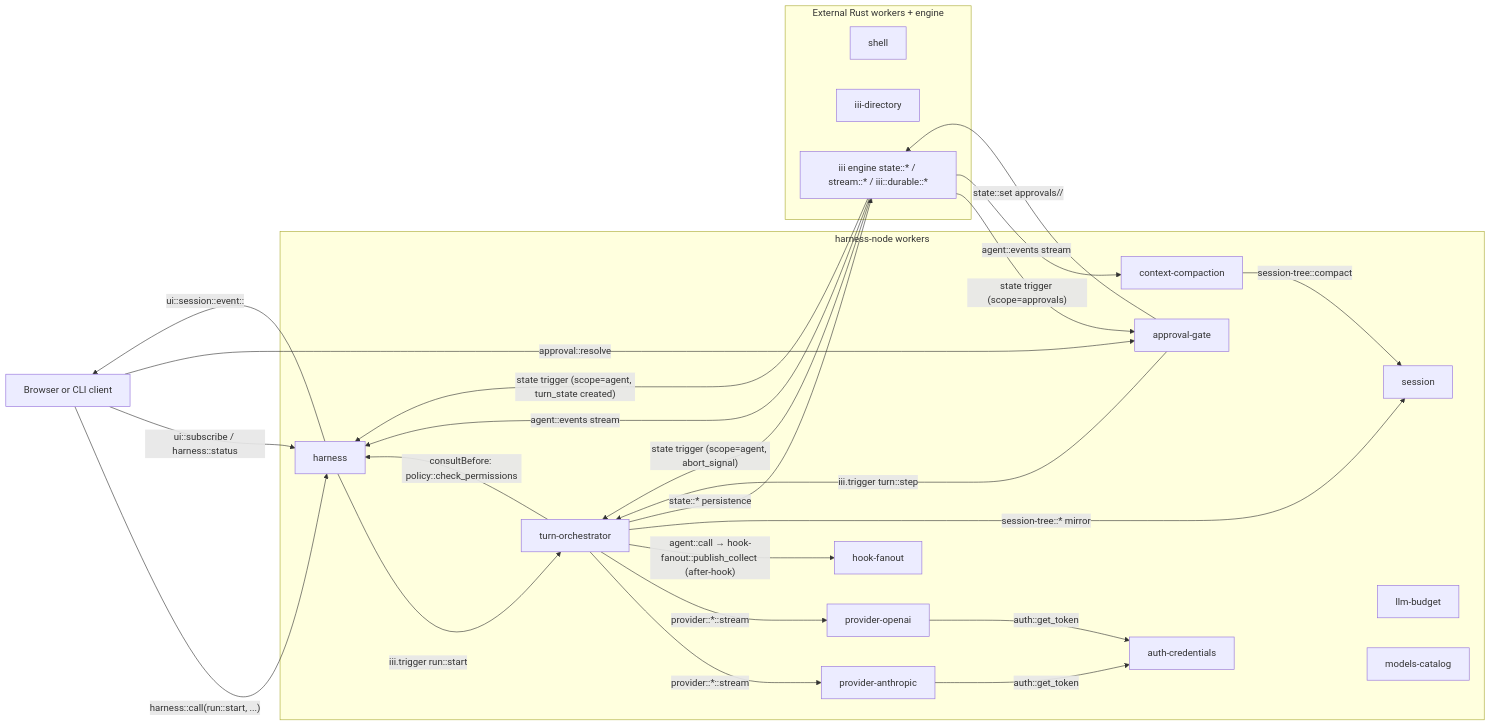
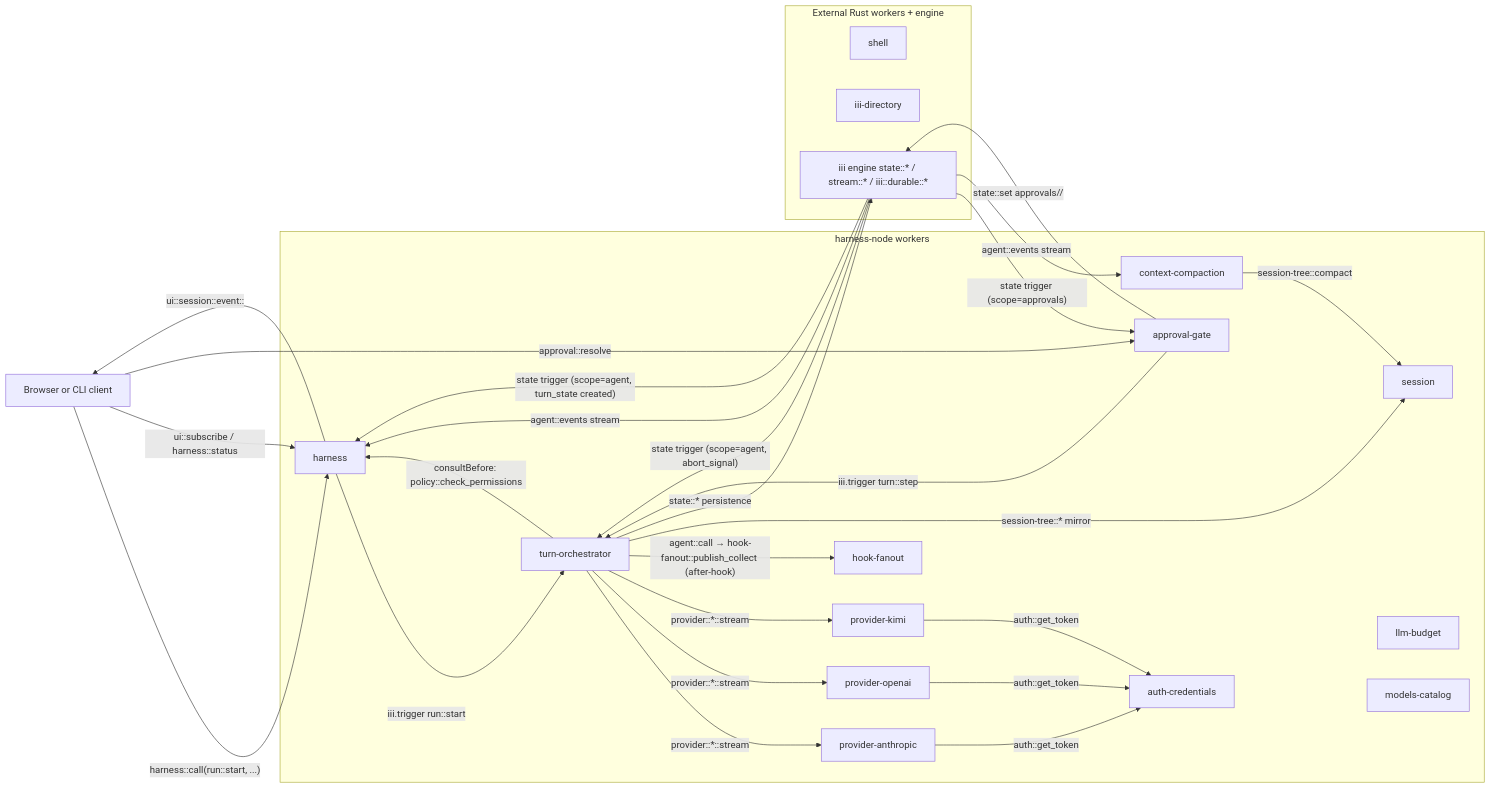
Before and after one commit to iii-hq/workers: the first of 5 diagrams in harness-node/docs/architecture.md, drawn with Mermaid. The commit also changed other lines of this file and 30 other files, not shown here.

````diff
--- a/harness-node/docs/architecture.md
+++ b/harness-node/docs/architecture.md
@@ -35,50 +36,53 @@
 ```mermaid
 flowchart LR
   client[Browser or CLI client]
 
   subgraph harnessNode [harness-node workers]
     harness[harness]
     turnOrch[turn-orchestrator]
     approval[approval-gate]
     session[session]
     budget[llm-budget]
     hook[hook-fanout]
     auth[auth-credentials]
     models[models-catalog]
     provAnth[provider-anthropic]
     provOAI[provider-openai]
+    provKimi[provider-kimi]
     compact[context-compaction]
   end
 
   subgraph external [External Rust workers + engine]
     shell[shell]
     directory[iii-directory]
     state["iii engine state::* / stream::* / iii::durable::*"]
   end
 
   client -- "harness::call(run::start, ...)" --> harness
   harness -- "iii.trigger run::start" --> turnOrch
   client -- "ui::subscribe / harness::status" --> harness
 
   turnOrch -- "provider::*::stream" --> provAnth
   turnOrch -- "provider::*::stream" --> provOAI
+  turnOrch -- "provider::*::stream" --> provKimi
   turnOrch -- "consultBefore: policy::check_permissions" --> harness
   turnOrch -- "agent::call → hook-fanout::publish_collect (after-hook)" --> hook
   turnOrch -- "session-tree::* mirror" --> session
   turnOrch -- "state::* persistence" --> state
 
   client -- "approval::resolve" --> approval
   approval -- "state::set approvals/<sid>/<cid>" --> state
   state -- "state trigger (scope=approvals)" --> approval
   approval -- "iii.trigger turn::step" --> turnOrch
 
   provAnth -- "auth::get_token" --> auth
   provOAI -- "auth::get_token" --> auth
+  provKimi -- "auth::get_token" --> auth
 
   state -- "agent::events stream" --> harness
   state -- "agent::events stream" --> compact
   state -- "state trigger (scope=agent, abort_signal)" --> turnOrch
   state -- "state trigger (scope=agent, turn_state created)" --> harness
   harness -- "ui::session::event::<browser_id>" --> client
   compact -- "session-tree::compact" --> session
 ```
````
